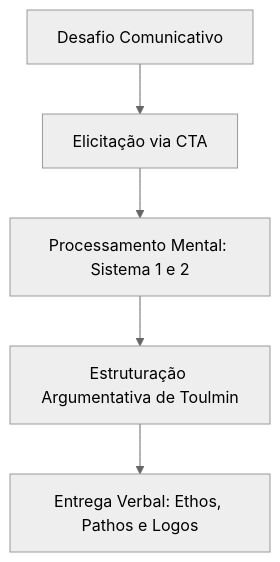
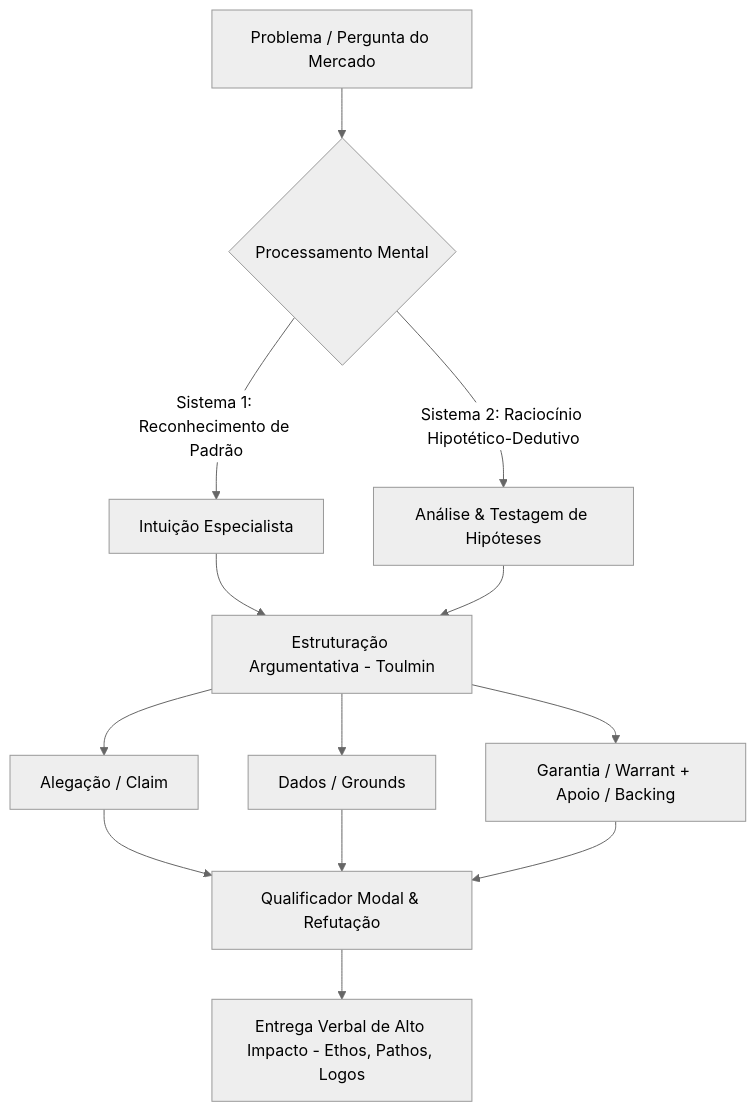
One commit to robsonlsgai/estudos_oratoria changed the second of 2 diagrams in README.md. Above: the diagram before and after it, drawn with Mermaid (neutral theme). The commit also changed other lines of this file, not shown here.

````diff
--- a/README.md
+++ b/README.md
@@ -131,7 +184,15 @@
 ```mermaid
 flowchart TD
-    A[Desafio Comunicativo] --> B[Elicitação via CTA]
-    B --> C[Processamento Mental: Sistema 1 e 2]
-    C --> D[Estruturação Argumentativa de Toulmin]
-    D --> E[Entrega Verbal: Ethos, Pathos e Logos]
+    A[Problema / Pergunta do Mercado] --> B{Processamento Mental}
+    B -->|Sistema 1: Reconhecimento de Padrão| C[Intuição Especialista]
+    B -->|Sistema 2: Raciocínio Hipotético-Dedutivo| D[Análise & Testagem de Hipóteses]
+    C --> E[Estruturação Argumentativa - Toulmin]
+    D --> E
+    E --> F[Alegação / Claim]
+    E --> G[Dados / Grounds]
+    E --> H[Garantia / Warrant + Apoio / Backing]
+    F --> I[Qualificador Modal & Refutação]
+    G --> I
+    H --> I
+    I --> J[Entrega Verbal de Alto Impacto - Ethos, Pathos, Logos]
 ```
````
